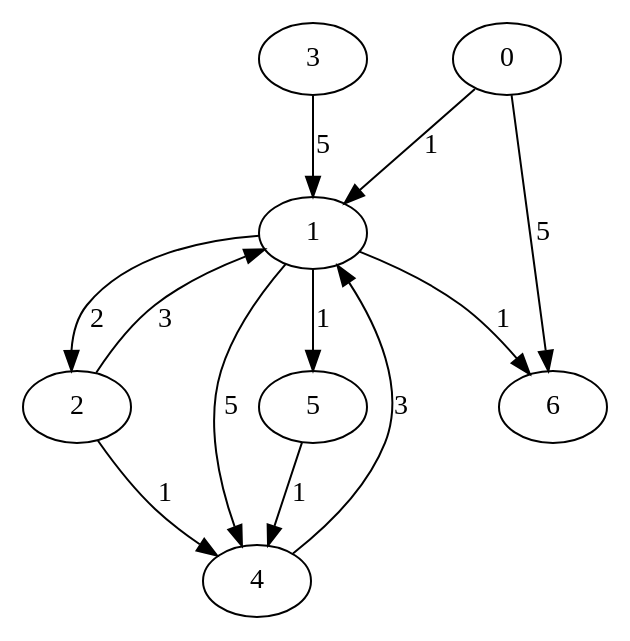
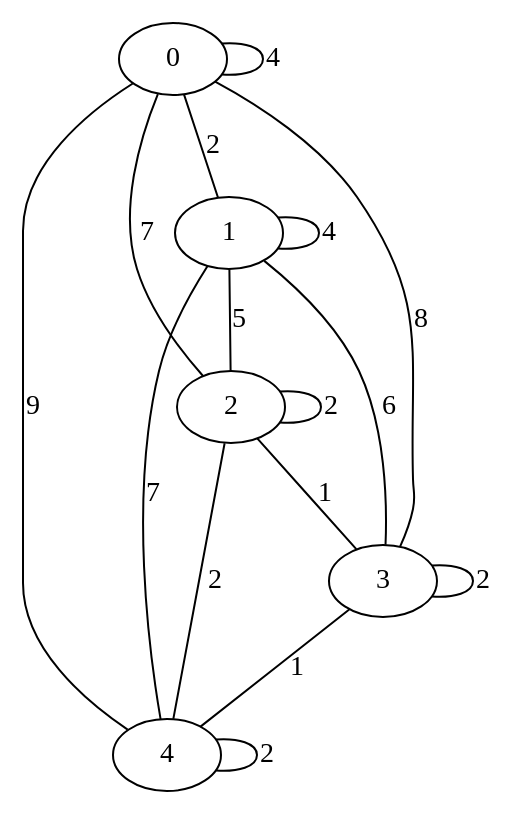
Before and after one commit to ChrisChV/Semestre4: the diagram in AED CHRISTIAN/Grafos/grafo.dot, drawn with Graphviz. The commit also changed 13 other files, not shown here.

```diff
--- a/AED CHRISTIAN/Grafos/grafo.dot
+++ b/AED CHRISTIAN/Grafos/grafo.dot
@@ -1,20 +1,2 @@
-digraph{
-0
-0->1 [label="1"];
-0->6 [label="5"];
-1
-1->2 [label="2"];
-1->4 [label="5"];
-1->5 [label="1"];
-1->6 [label="1"];
-2
-2->1 [label="3"];
-2->4 [label="1"];
-3
-3->1 [label="5"];
-4
-4->1 [label="3"];
-5
-5->4 [label="1"];
-6
-}
+graph{
+0 -- 1[label ="2"];0 -- 4[label ="9"];1 -- 4[label ="7"];1 -- 2[label ="5"];2 -- 0[label ="7"];2 -- 3[label ="1"];2 -- 4[label ="2"];3 -- 4[label ="1"];0 -- 0[label ="4"];0 -- 3[label ="8"];1 -- 1[label ="4"];1 -- 3[label ="6"];2 -- 2[label ="2"];3 -- 3[label ="2"];4 -- 4[label ="2"];}
```
